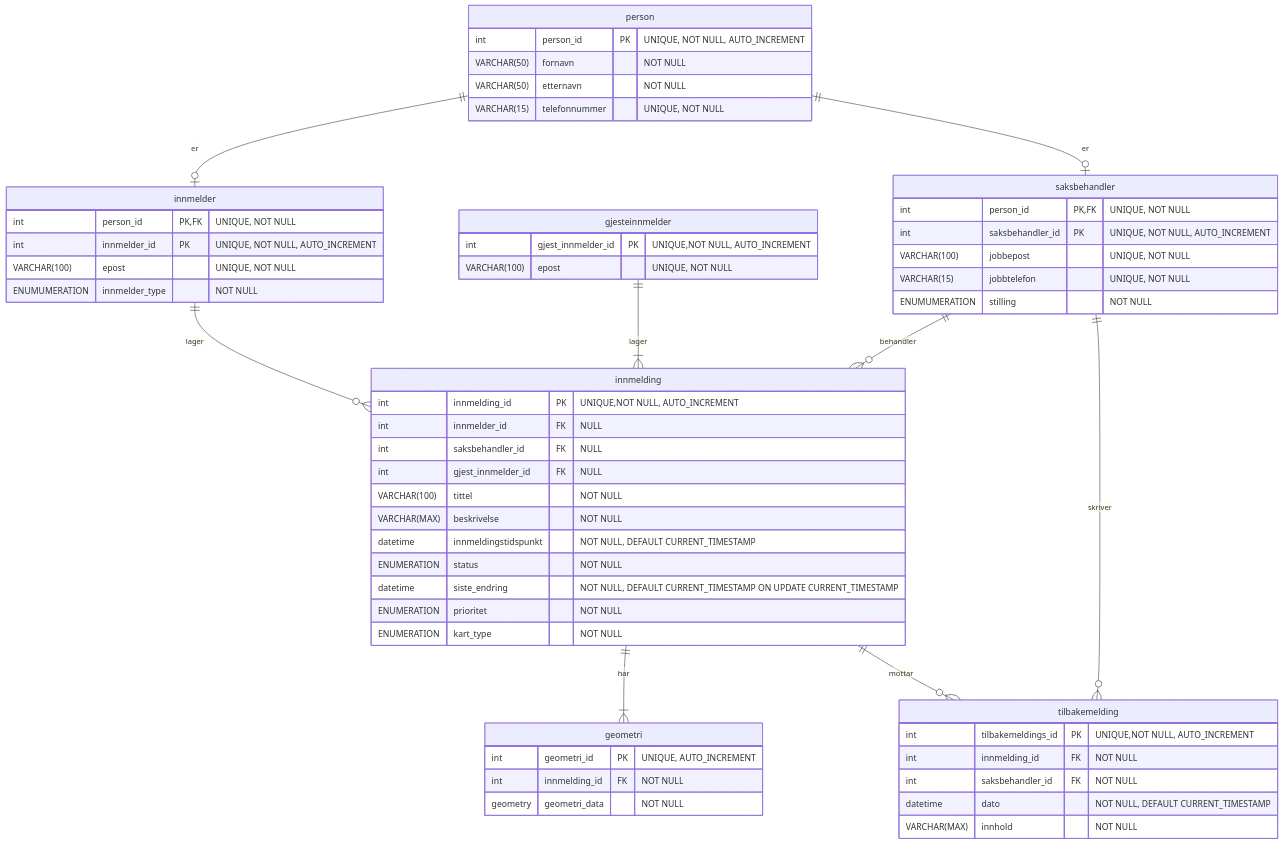
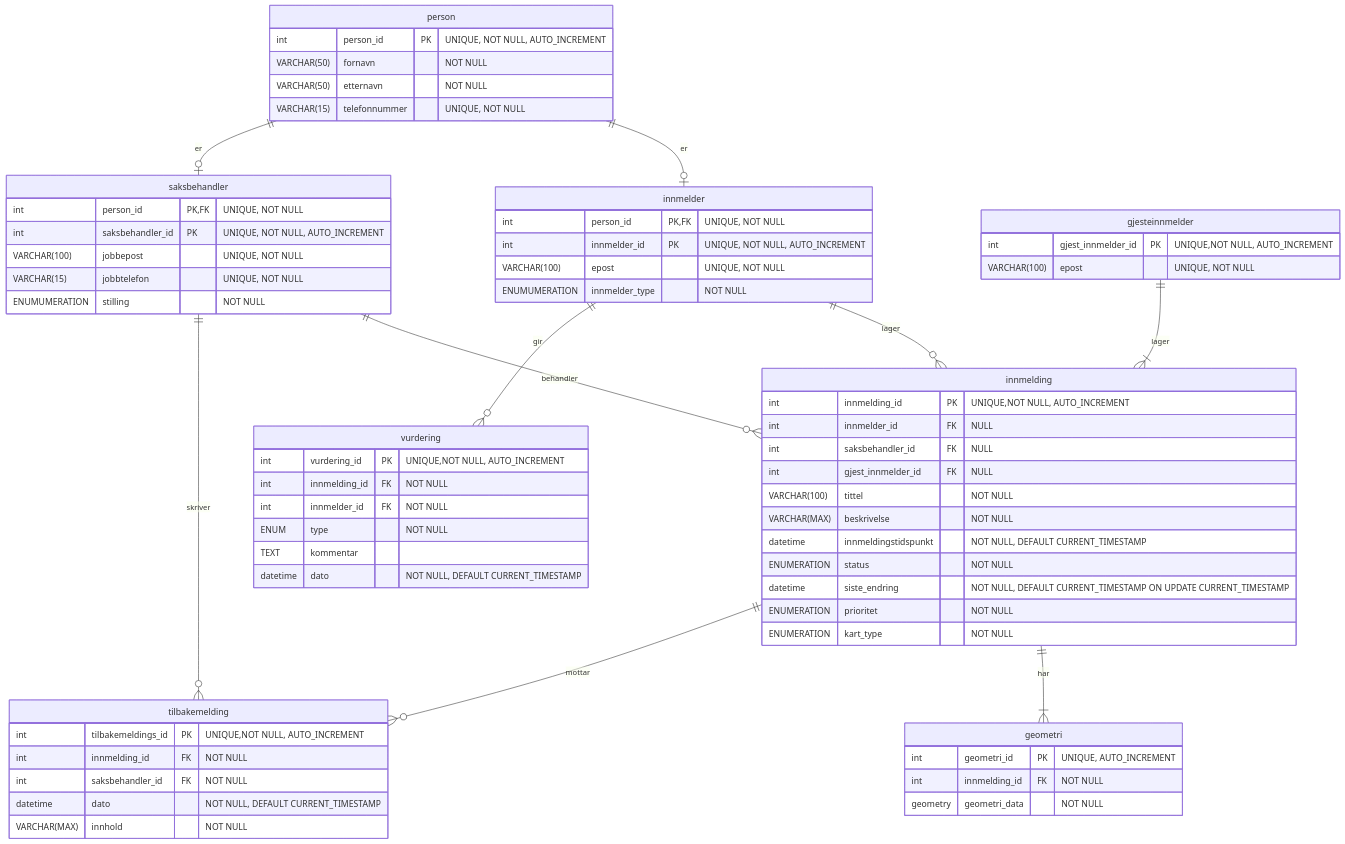
Before and after one commit to Kristiann96/Gruppe10KV: the diagram in Gruppe10KVprototype/ER og UML diagrammer/ERG10KV6.mmd, drawn with Mermaid.

Commit message:
Oppdatert ER diagram med vurdering tabell

```diff
--- a/Gruppe10KVprototype/ER og UML diagrammer/ERG10KV6.mmd
+++ b/Gruppe10KVprototype/ER og UML diagrammer/ERG10KV6.mmd
@@ -1,59 +1,68 @@
 erDiagram
 
     person {
         int person_id PK "UNIQUE, NOT NULL, AUTO_INCREMENT"
         VARCHAR(50) fornavn "NOT NULL"
         VARCHAR(50) etternavn "NOT NULL"
         VARCHAR(15) telefonnummer "UNIQUE, NOT NULL"
     }
     person ||--|O innmelder : "er"
     person ||--|O saksbehandler : "er"
     innmelder ||--o{ innmelding : "lager"
     innmelder {
         int person_id PK, FK "UNIQUE, NOT NULL"
         int innmelder_id PK "UNIQUE, NOT NULL, AUTO_INCREMENT"
         VARCHAR(100) epost "UNIQUE, NOT NULL"
         ENUMUMERATION innmelder_type "NOT NULL"
     }
     gjesteinnmelder ||--|{ innmelding : "lager"
     gjesteinnmelder {
         int gjest_innmelder_id PK "UNIQUE,NOT NULL, AUTO_INCREMENT"
         VARCHAR(100) epost "UNIQUE, NOT NULL"
     }
     saksbehandler ||--o{ innmelding : "behandler"
     saksbehandler {
         int person_id PK, FK "UNIQUE, NOT NULL"
         int saksbehandler_id PK "UNIQUE, NOT NULL, AUTO_INCREMENT"
         VARCHAR(100) jobbepost "UNIQUE, NOT NULL"
         VARCHAR(15) jobbtelefon "UNIQUE, NOT NULL"
         ENUMUMERATION stilling "NOT NULL"
     }      
     innmelding ||--|{ geometri : "har"
     innmelding ||--o{ tilbakemelding : "mottar"    
     innmelding {
         int innmelding_id PK "UNIQUE,NOT NULL, AUTO_INCREMENT"
         int innmelder_id FK "NULL"
         int saksbehandler_id FK "NULL"
         int gjest_innmelder_id FK "NULL"
         VARCHAR(100) tittel "NOT NULL"
         VARCHAR(MAX) beskrivelse "NOT NULL"
         datetime innmeldingstidspunkt "NOT NULL, DEFAULT CURRENT_TIMESTAMP"
         ENUMERATION status "NOT NULL"
         datetime siste_endring "NOT NULL, DEFAULT CURRENT_TIMESTAMP ON UPDATE CURRENT_TIMESTAMP"
         ENUMERATION prioritet "NOT NULL"
         ENUMERATION kart_type "NOT NULL"
     }    
     geometri {
         int geometri_id PK "UNIQUE, AUTO_INCREMENT"
         int innmelding_id FK "NOT NULL"
         geometry geometri_data "NOT NULL"
         
     }
     tilbakemelding {
         int tilbakemeldings_id PK "UNIQUE,NOT NULL, AUTO_INCREMENT"
         int innmelding_id FK "NOT NULL"
         int saksbehandler_id FK "NOT NULL"
         datetime dato "NOT NULL, DEFAULT CURRENT_TIMESTAMP"
         VARCHAR(MAX) innhold "NOT NULL"
+      }
+    vurdering {
+        int vurdering_id PK "UNIQUE,NOT NULL, AUTO_INCREMENT"
+        int innmelding_id FK "NOT NULL"
+        int innmelder_id FK "NOT NULL"
+        ENUM type "NOT NULL"
+        TEXT kommentar
+        datetime dato "NOT NULL, DEFAULT CURRENT_TIMESTAMP"
     }
     saksbehandler ||--o{ tilbakemelding : "skriver"
+    innmelder ||--o{ vurdering : "gir"
```
